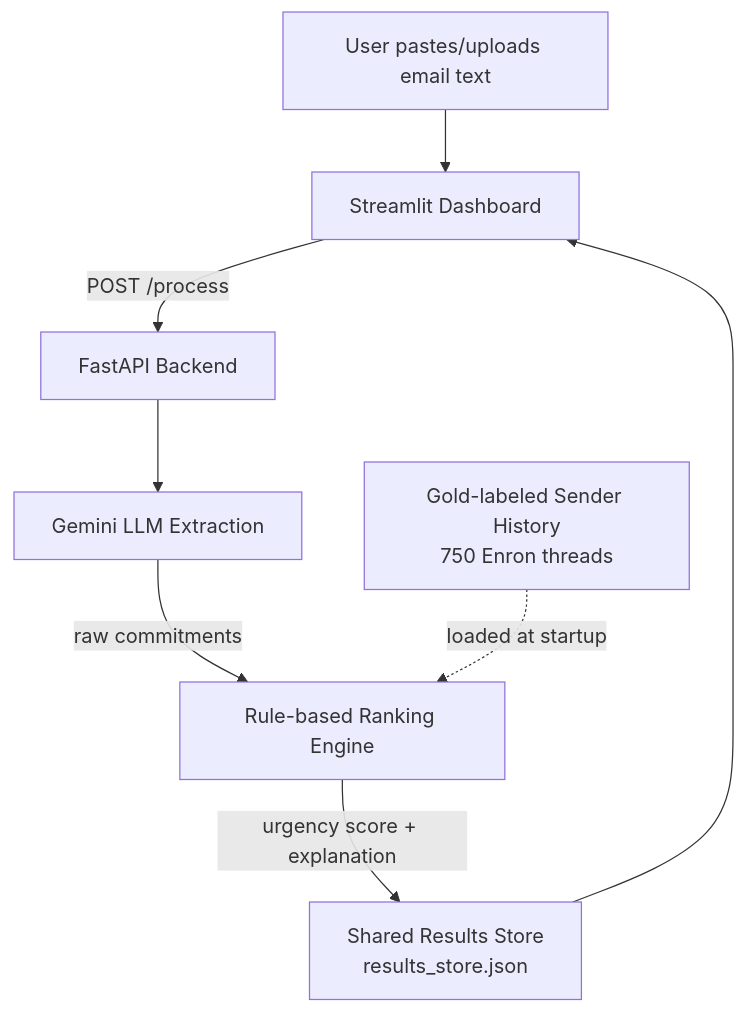
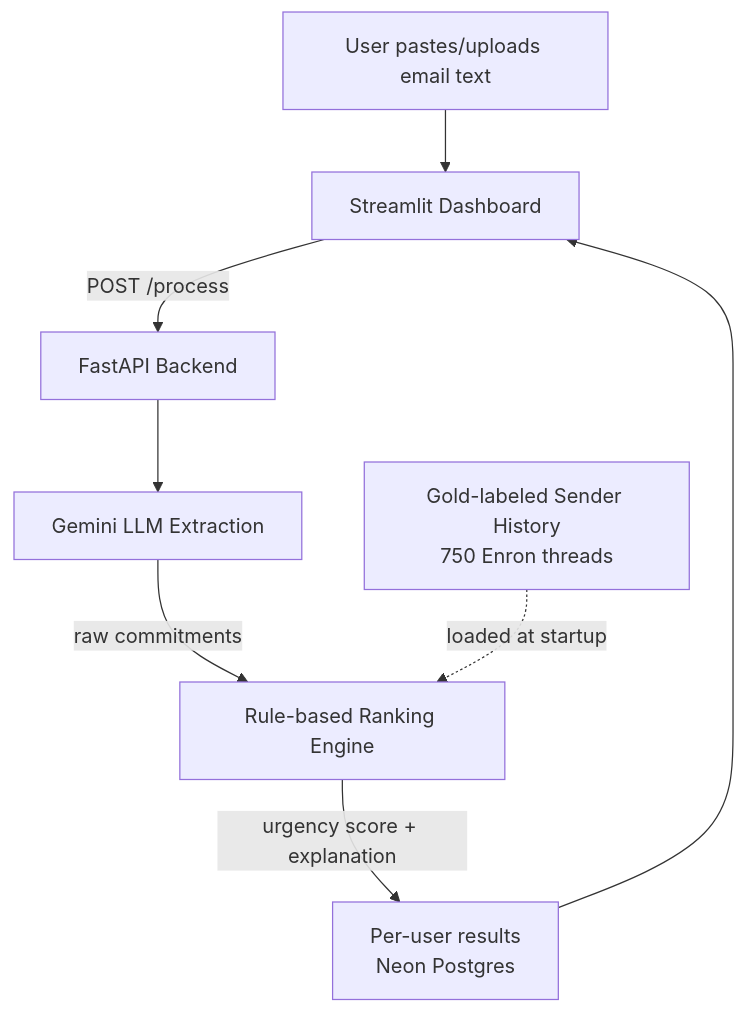
The diagram in README.md (dhruvbansal333/email_project), drawn with Mermaid before and after one commit. The commit also changed other lines of this file and 3 other files, not shown here.

````diff
--- a/README.md
+++ b/README.md
@@ -25,10 +25,10 @@
 ```mermaid
 flowchart TD
     A[User pastes/uploads email text] --> B[Streamlit Dashboard]
     B -->|POST /process| C[FastAPI Backend]
     C --> D[Gemini LLM Extraction]
     D -->|raw commitments| E[Rule-based Ranking Engine]
-    E -->|urgency score + explanation| F[Shared Results Store<br/>results_store.json]
+    E -->|urgency score + explanation| F[Per-user results<br/>Neon Postgres]
     F --> B
     G[Gold-labeled Sender History<br/>750 Enron threads] -.loaded at startup.-> E
 ```
````
